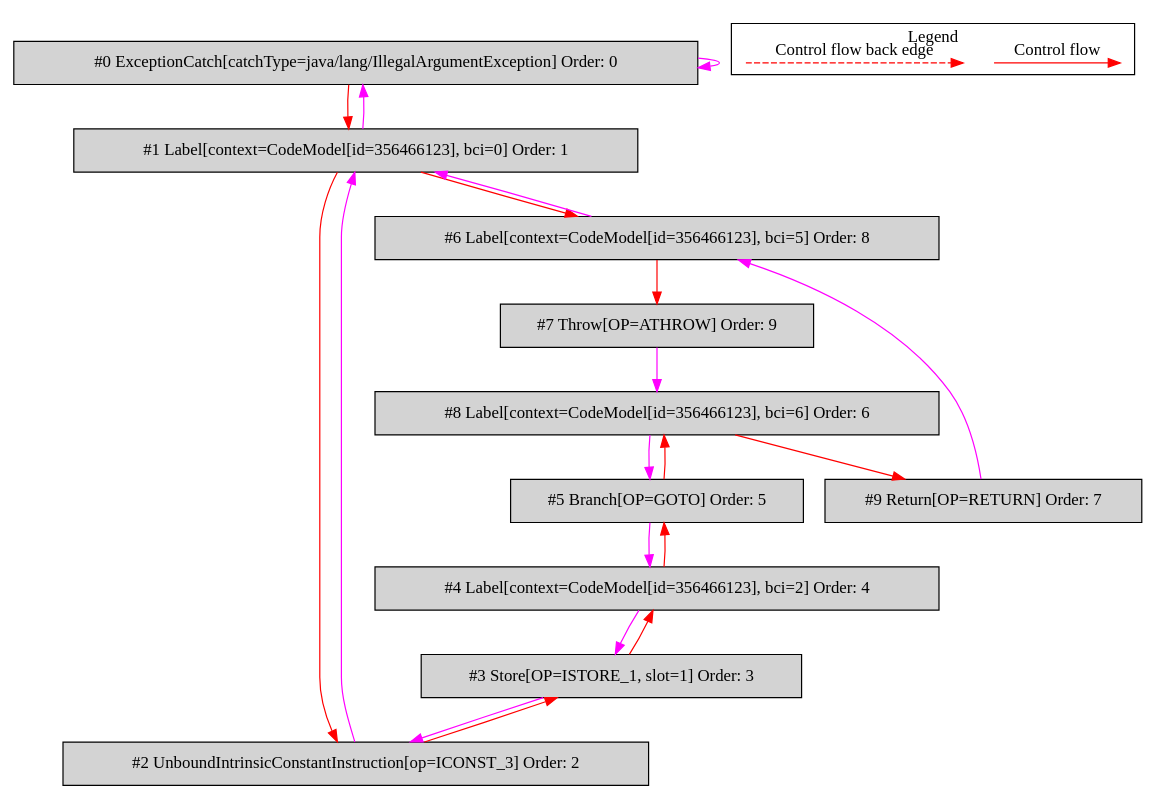
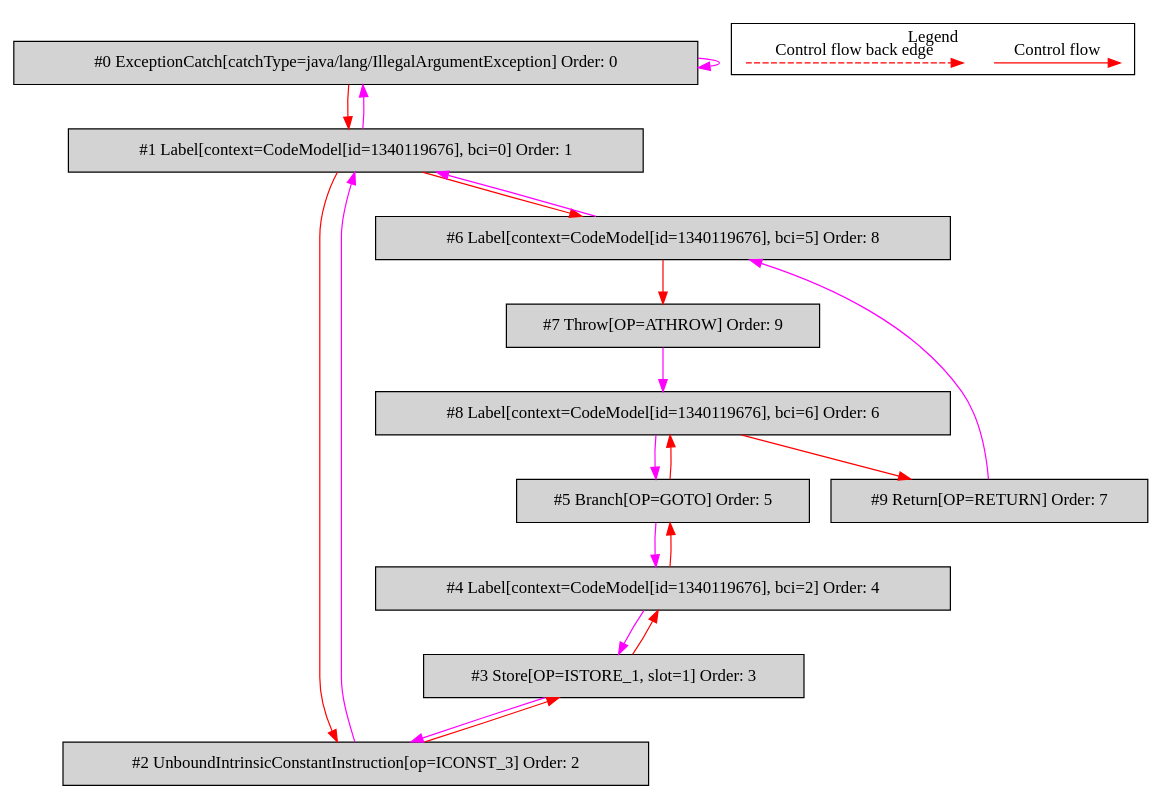
The diagram in de.mirkosertic.metair.ir.OpcodeTryCatchTest/test_SimpleCatch/bytecodecfg.dot (mirkosertic/MetaIR), drawn with Graphviz before and after one commit. The commit also changed 636 other files, not shown here.

```diff
--- a/de.mirkosertic.metair.ir.OpcodeTryCatchTest/test_SimpleCatch/bytecodecfg.dot
+++ b/de.mirkosertic.metair.ir.OpcodeTryCatchTest/test_SimpleCatch/bytecodecfg.dot
@@ -1,46 +1,46 @@
 digraph {
  ordering="in";
  node0[label="#0 ExceptionCatch[catchType=java/lang/IllegalArgumentException] Order: 0", shape=box, fillcolor=lightgrey, style=filled];
- node1[label="#1 Label[context=CodeModel[id=356466123], bci=0] Order: 1", shape=box, fillcolor=lightgrey, style=filled];
+ node1[label="#1 Label[context=CodeModel[id=1340119676], bci=0] Order: 1", shape=box, fillcolor=lightgrey, style=filled];
  node2[label="#2 UnboundIntrinsicConstantInstruction[op=ICONST_3] Order: 2", shape=box, fillcolor=lightgrey, style=filled];
  node3[label="#3 Store[OP=ISTORE_1, slot=1] Order: 3", shape=box, fillcolor=lightgrey, style=filled];
- node4[label="#4 Label[context=CodeModel[id=356466123], bci=2] Order: 4", shape=box, fillcolor=lightgrey, style=filled];
+ node4[label="#4 Label[context=CodeModel[id=1340119676], bci=2] Order: 4", shape=box, fillcolor=lightgrey, style=filled];
  node5[label="#5 Branch[OP=GOTO] Order: 5", shape=box, fillcolor=lightgrey, style=filled];
- node6[label="#6 Label[context=CodeModel[id=356466123], bci=5] Order: 8", shape=box, fillcolor=lightgrey, style=filled];
+ node6[label="#6 Label[context=CodeModel[id=1340119676], bci=5] Order: 8", shape=box, fillcolor=lightgrey, style=filled];
  node7[label="#7 Throw[OP=ATHROW] Order: 9", shape=box, fillcolor=lightgrey, style=filled];
- node8[label="#8 Label[context=CodeModel[id=356466123], bci=6] Order: 6", shape=box, fillcolor=lightgrey, style=filled];
+ node8[label="#8 Label[context=CodeModel[id=1340119676], bci=6] Order: 6", shape=box, fillcolor=lightgrey, style=filled];
  node9[label="#9 Return[OP=RETURN] Order: 7", shape=box, fillcolor=lightgrey, style=filled];
  node0 -> node0[color=fuchsia];
  node0 -> node1[color=red];
  node1 -> node0[color=fuchsia];
  node1 -> node2[color=red];
  node2 -> node1[color=fuchsia];
  node2 -> node3[color=red];
  node3 -> node2[color=fuchsia];
  node3 -> node4[color=red];
  node4 -> node3[color=fuchsia];
  node4 -> node5[color=red];
  node5 -> node4[color=fuchsia];
  node1 -> node6[color=red];
  node6 -> node1[color=fuchsia];
  node6 -> node7[color=red];
  node7 -> node8[color=fuchsia];
  node5 -> node8[color=red];
  node8 -> node5[color=fuchsia];
  node8 -> node9[color=red];
  node9 -> node6[color=fuchsia];
  subgraph cluster_000 {
   label = "Legend";
   node [shape=point]
   {
    rank=same;
    c0 [style = invis];
    c1 [style = invis];
    c2 [style = invis];
    c3 [style = invis];
   }
   c0 -> c1 [label="Control flow", style=solid, color=red]
   c2 -> c3 [label="Control flow back edge", style=dashed, color=red]
  }
 
 }
```
